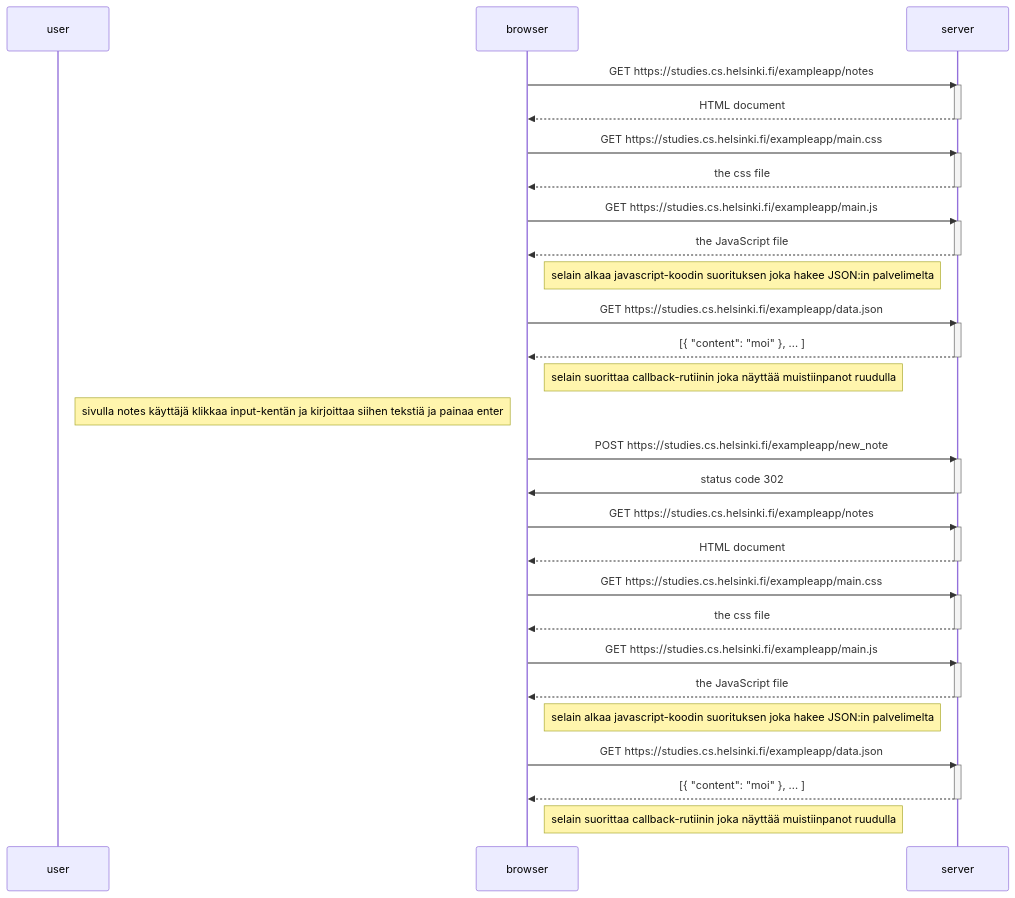
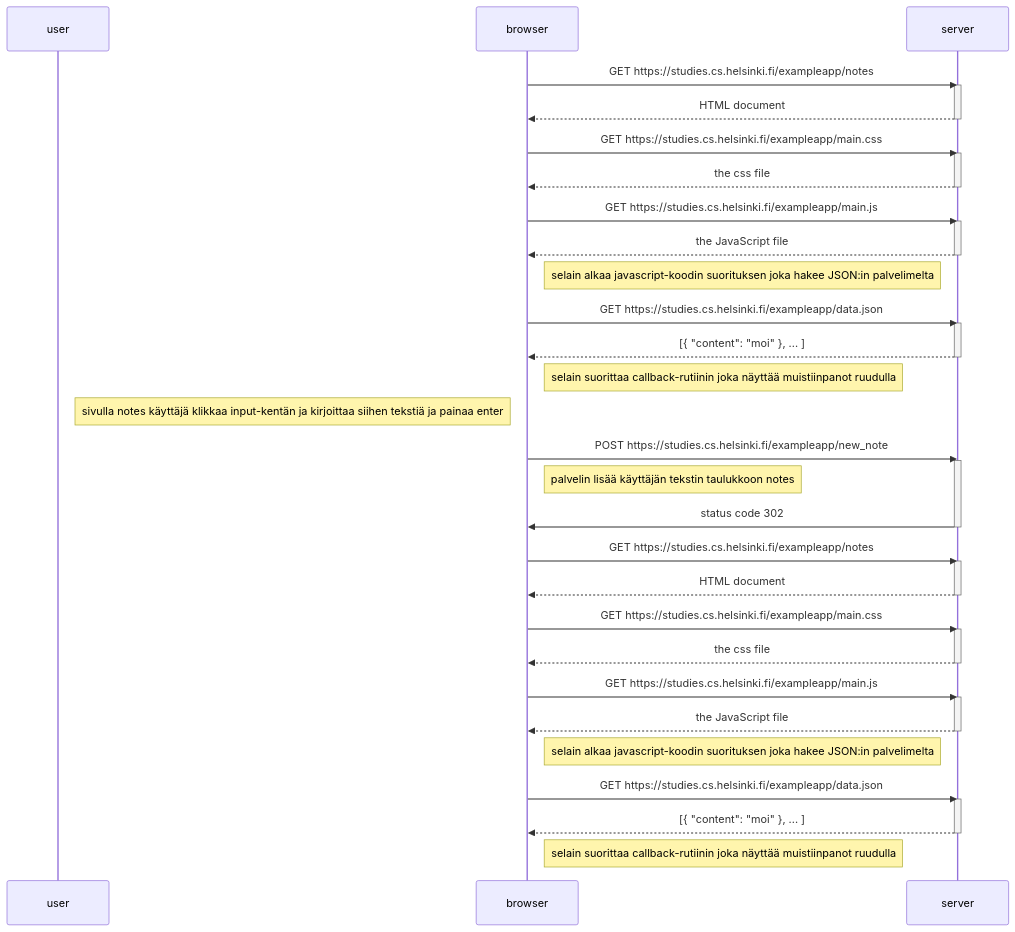
The diagram in mermaid-test6.md (moocjsi/mooc-harj03), drawn with Mermaid before and after one commit.

````diff
--- a/mermaid-test6.md
+++ b/mermaid-test6.md
@@ -1,63 +1,64 @@
 ```mermaid
 sequenceDiagram
     participant user
     participant browser
     participant server
     
     browser->>server: GET https://studies.cs.helsinki.fi/exampleapp/notes
     activate server
     server-->>browser: HTML document
     deactivate server
 
     browser->>server: GET https://studies.cs.helsinki.fi/exampleapp/main.css
     activate server
     server-->>browser: the css file
     deactivate server
 
     browser->>server: GET https://studies.cs.helsinki.fi/exampleapp/main.js
     activate server
     server-->>browser: the JavaScript file
     deactivate server
 
     Note right of browser: selain alkaa  javascript-koodin suorituksen joka hakee JSON:in palvelimelta
 
     browser->>server: GET https://studies.cs.helsinki.fi/exampleapp/data.json
     activate server
     server-->>browser: [{ "content": "moi" }, ... ]
     deactivate server
 
     Note right of browser: selain suorittaa callback-rutiinin joka näyttää muistiinpanot ruudulla
 
     Note right of user: sivulla notes käyttäjä klikkaa input-kentän ja kirjoittaa siihen tekstiä ja painaa enter
 
     browser->>server: POST https://studies.cs.helsinki.fi/exampleapp/new_note
     activate server
+    Note right of browser: palvelin lisää käyttäjän tekstin taulukkoon notes
     server->>browser: status code 302
     deactivate server
 
     browser->>server: GET https://studies.cs.helsinki.fi/exampleapp/notes
     activate server
     server-->>browser: HTML document
     deactivate server
 
     browser->>server: GET https://studies.cs.helsinki.fi/exampleapp/main.css
     activate server
     server-->>browser: the css file
     deactivate server
 
     browser->>server: GET https://studies.cs.helsinki.fi/exampleapp/main.js
     activate server
     server-->>browser: the JavaScript file
     deactivate server
 
     Note right of browser: selain alkaa  javascript-koodin suorituksen joka hakee JSON:in palvelimelta
 
     browser->>server: GET https://studies.cs.helsinki.fi/exampleapp/data.json
     activate server
     server-->>browser: [{ "content": "moi" }, ... ]
     deactivate server
 
     Note right of browser: selain suorittaa callback-rutiinin joka näyttää muistiinpanot ruudulla
 
 
 ```
````
